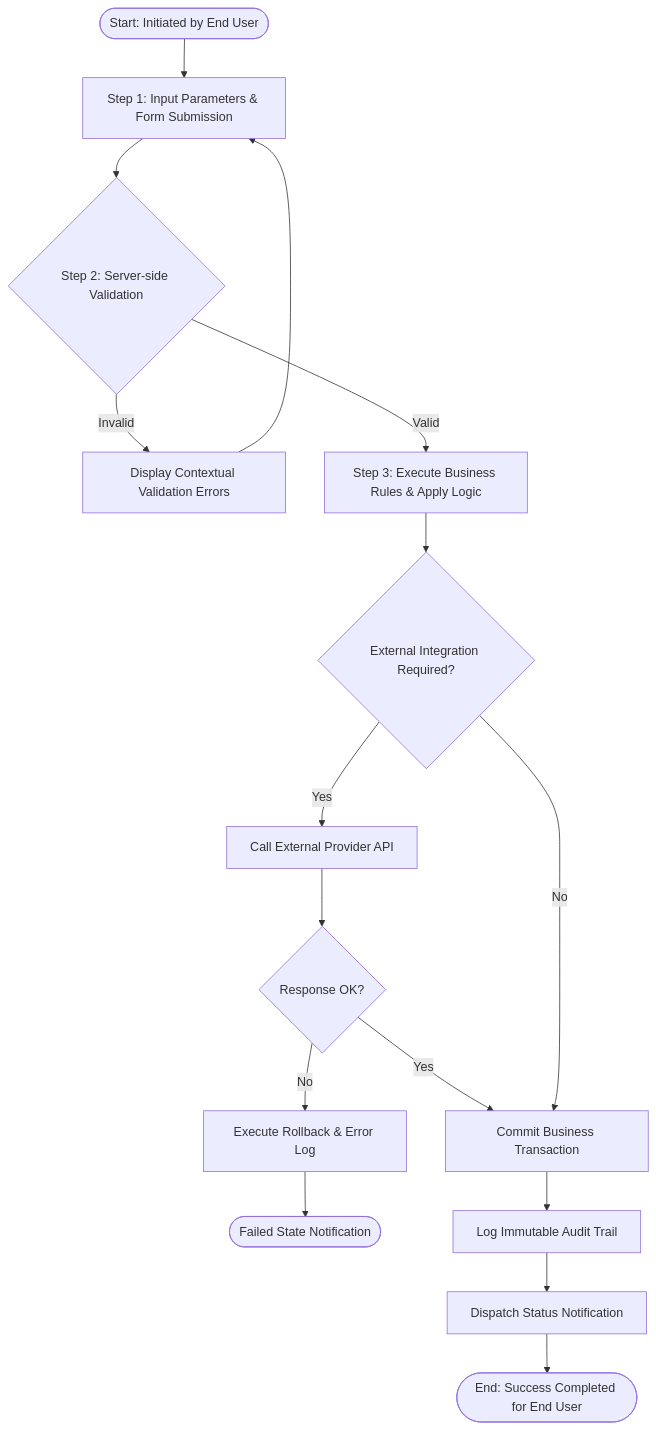
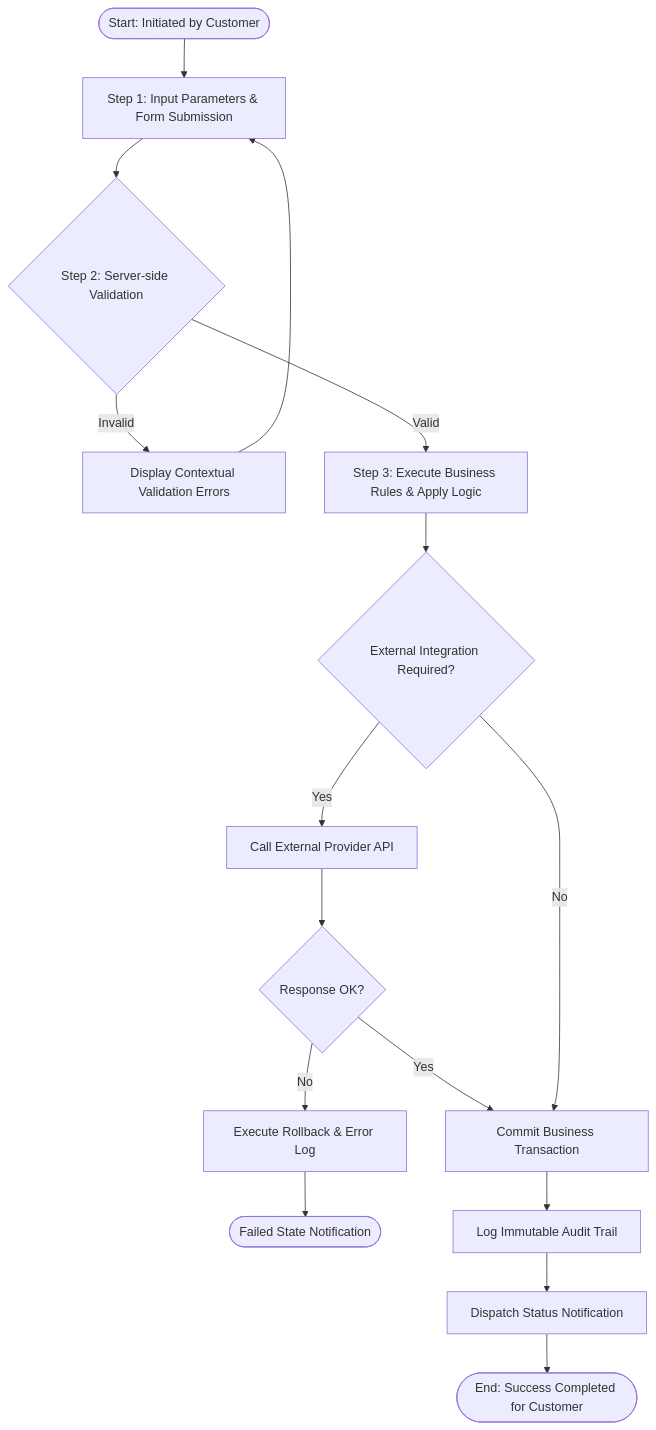
Before and after one commit to Minhdoptit/agent_BA_DBA-: the diagram in agents/ba/artifacts/BUSINESS_PROCESS.md, drawn with Mermaid. The commit also changed other lines of this file and 43 other files, not shown here.

Commit message:
feat: enhance BA to produce complete srs.docs with sequence diagrams and upgrade DBA to output full schema.sql with seed data

````diff
--- a/agents/ba/artifacts/BUSINESS_PROCESS.md
+++ b/agents/ba/artifacts/BUSINESS_PROCESS.md
@@ -39,19 +39,19 @@
 ```mermaid
 flowchart TD
-  Start(["Start: Initiated by End User"]) --> Step1["Step 1: Input Parameters & Form Submission"]
+  Start(["Start: Initiated by Customer"]) --> Step1["Step 1: Input Parameters & Form Submission"]
   Step1 --> Validate{"Step 2: Server-side Validation"}
   Validate -- "Invalid" --> HandleErr["Display Contextual Validation Errors"]
   HandleErr --> Step1
   Validate -- "Valid" --> Step3["Step 3: Execute Business Rules & Apply Logic"]
   Step3 --> ExternalCheck{"External Integration Required?"}
   ExternalCheck -- "Yes" --> CallExt["Call External Provider API"]
   CallExt --> ExtResp{"Response OK?"}
   ExtResp -- "No" --> Rollback["Execute Rollback & Error Log"]
   Rollback --> FinishFail(["Failed State Notification"])
   ExtResp -- "Yes" --> CommitState["Commit Business Transaction"]
   ExternalCheck -- "No" --> CommitState
   CommitState --> Audit["Log Immutable Audit Trail"]
   Audit --> DispatchNotif["Dispatch Status Notification"]
-  DispatchNotif --> Success(["End: Success Completed for End User"])
+  DispatchNotif --> Success(["End: Success Completed for Customer"])
 
 ```
````
